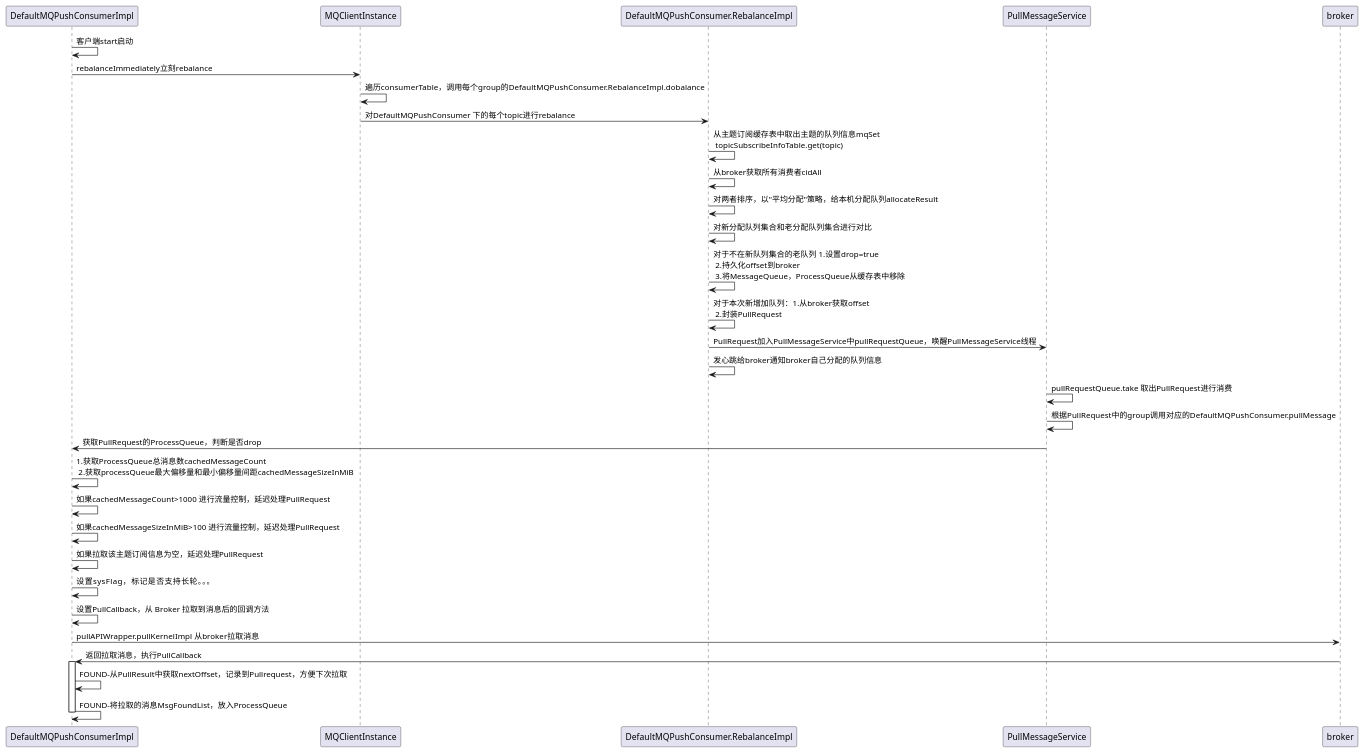
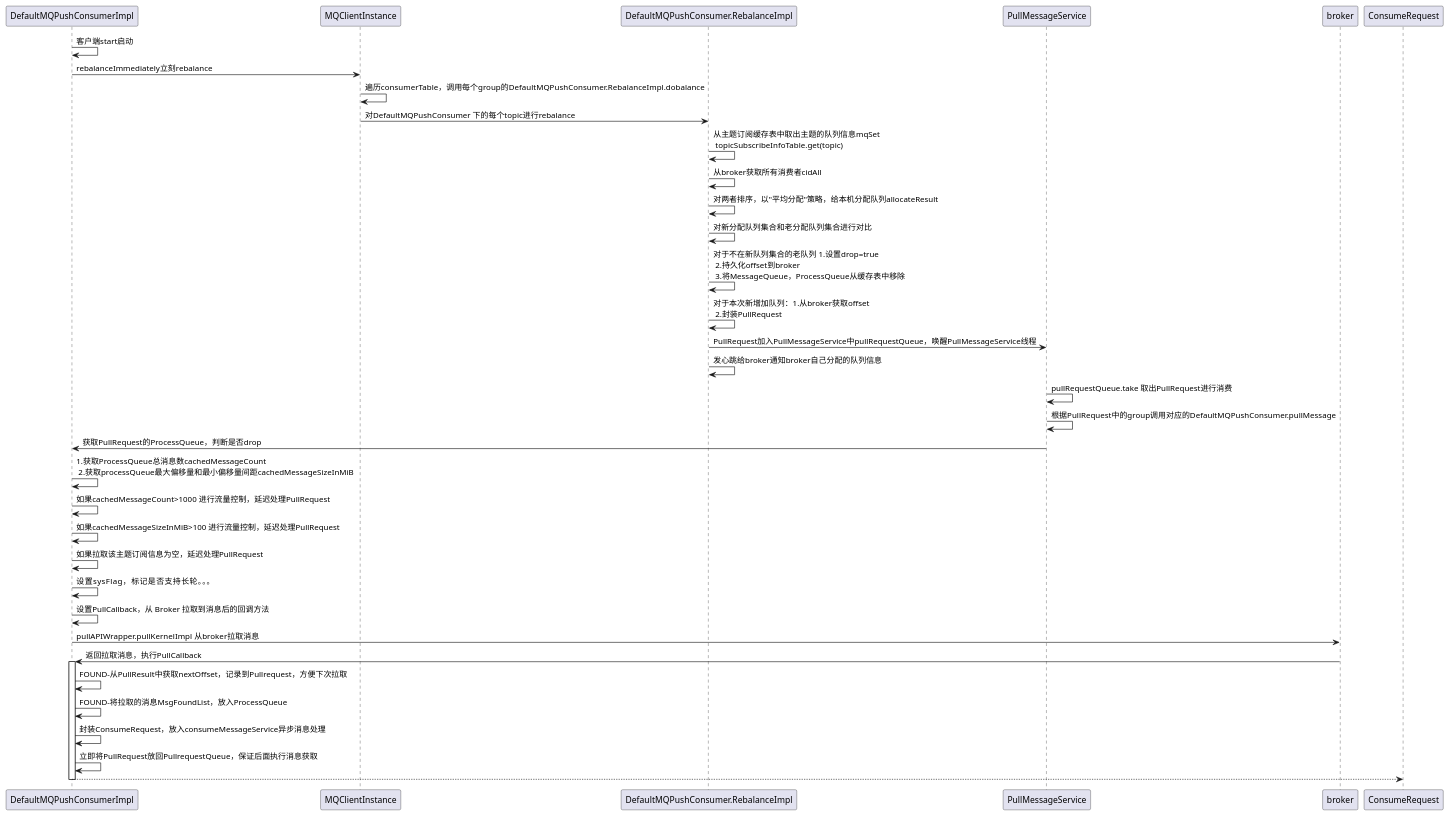
Before and after one commit to sybnfkn/java-chaotic: the diagram in rocketmq/消息消费.puml, drawn with PlantUML.

```diff
--- a/rocketmq/消息消费.puml
+++ b/rocketmq/消息消费.puml
@@ -1,38 +1,43 @@
 @startuml
 DefaultMQPushConsumerImpl -> DefaultMQPushConsumerImpl:客户端start启动
 DefaultMQPushConsumerImpl -> MQClientInstance:rebalanceImmediately立刻rebalance
 MQClientInstance -> MQClientInstance:遍历consumerTable，调用每个group的DefaultMQPushConsumer.RebalanceImpl.dobalance
 MQClientInstance -> DefaultMQPushConsumer.RebalanceImpl: 对DefaultMQPushConsumer 下的每个topic进行rebalance
 DefaultMQPushConsumer.RebalanceImpl-> DefaultMQPushConsumer.RebalanceImpl:从主题订阅缓存表中取出主题的队列信息mqSet \n topicSubscribeInfoTable.get(topic)
 DefaultMQPushConsumer.RebalanceImpl-> DefaultMQPushConsumer.RebalanceImpl:从broker获取所有消费者cidAll
 DefaultMQPushConsumer.RebalanceImpl-> DefaultMQPushConsumer.RebalanceImpl:对两者排序，以"平均分配"策略，给本机分配队列allocateResult
 DefaultMQPushConsumer.RebalanceImpl-> DefaultMQPushConsumer.RebalanceImpl:对新分配队列集合和老分配队列集合进行对比
 DefaultMQPushConsumer.RebalanceImpl-> DefaultMQPushConsumer.RebalanceImpl:对于不在新队列集合的老队列 1.设置drop=true \n 2.持久化offset到broker \n 3.将MessageQueue，ProcessQueue从缓存表中移除
 
 DefaultMQPushConsumer.RebalanceImpl-> DefaultMQPushConsumer.RebalanceImpl:对于本次新增加队列：1.从broker获取offset \n 2.封装PullRequest
 DefaultMQPushConsumer.RebalanceImpl-> PullMessageService:PullRequest加入PullMessageService中pullRequestQueue，唤醒PullMessageService线程
 DefaultMQPushConsumer.RebalanceImpl-> DefaultMQPushConsumer.RebalanceImpl:发心跳给broker通知broker自己分配的队列信息
 
 PullMessageService -> PullMessageService:pullRequestQueue.take 取出PullRequest进行消费
 PullMessageService -> PullMessageService:根据PullRequest中的group调用对应的DefaultMQPushConsumer.pullMessage
 
 PullMessageService -> DefaultMQPushConsumerImpl:获取PullRequest的ProcessQueue，判断是否drop
 
 DefaultMQPushConsumerImpl -> DefaultMQPushConsumerImpl:1.获取ProcessQueue总消息数cachedMessageCount \n 2.获取processQueue最大偏移量和最小偏移量间距cachedMessageSizeInMiB
 DefaultMQPushConsumerImpl -> DefaultMQPushConsumerImpl:如果cachedMessageCount>1000 进行流量控制，延迟处理PullRequest
 DefaultMQPushConsumerImpl -> DefaultMQPushConsumerImpl:如果cachedMessageSizeInMiB>100 进行流量控制，延迟处理PullRequest
 DefaultMQPushConsumerImpl -> DefaultMQPushConsumerImpl:如果拉取该主题订阅信息为空，延迟处理PullRequest
 DefaultMQPushConsumerImpl -> DefaultMQPushConsumerImpl:设置sysFlag，标记是否支持长轮。。。
 DefaultMQPushConsumerImpl -> DefaultMQPushConsumerImpl:设置PullCallback，从 Broker 拉取到消息后的回调方法
 DefaultMQPushConsumerImpl -> broker:pullAPIWrapper.pullKernelImpl 从broker拉取消息
 broker-> DefaultMQPushConsumerImpl:返回拉取消息，执行PullCallback
 
 activate DefaultMQPushConsumerImpl
 DefaultMQPushConsumerImpl -> DefaultMQPushConsumerImpl:FOUND-从PullResult中获取nextOffset，记录到Pullrequest，方便下次拉取
 DefaultMQPushConsumerImpl -> DefaultMQPushConsumerImpl:FOUND-将拉取的消息MsgFoundList，放入ProcessQueue
+DefaultMQPushConsumerImpl -> DefaultMQPushConsumerImpl:封装ConsumeRequest，放入consumeMessageService异步消息处理
+DefaultMQPushConsumerImpl -> DefaultMQPushConsumerImpl:立即将PullRequest放回PullrequestQueue，保证后面执行消息获取
+DefaultMQPushConsumerImpl --> ConsumeRequest
 deactivate
 
 
 
 
+
+
 @enduml
```
